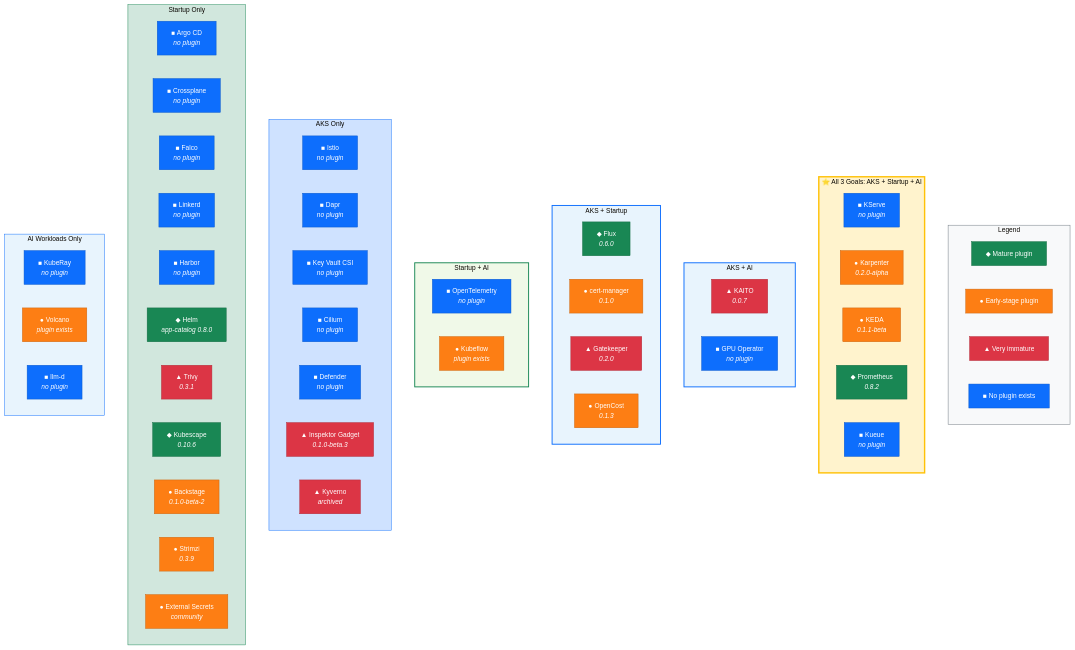
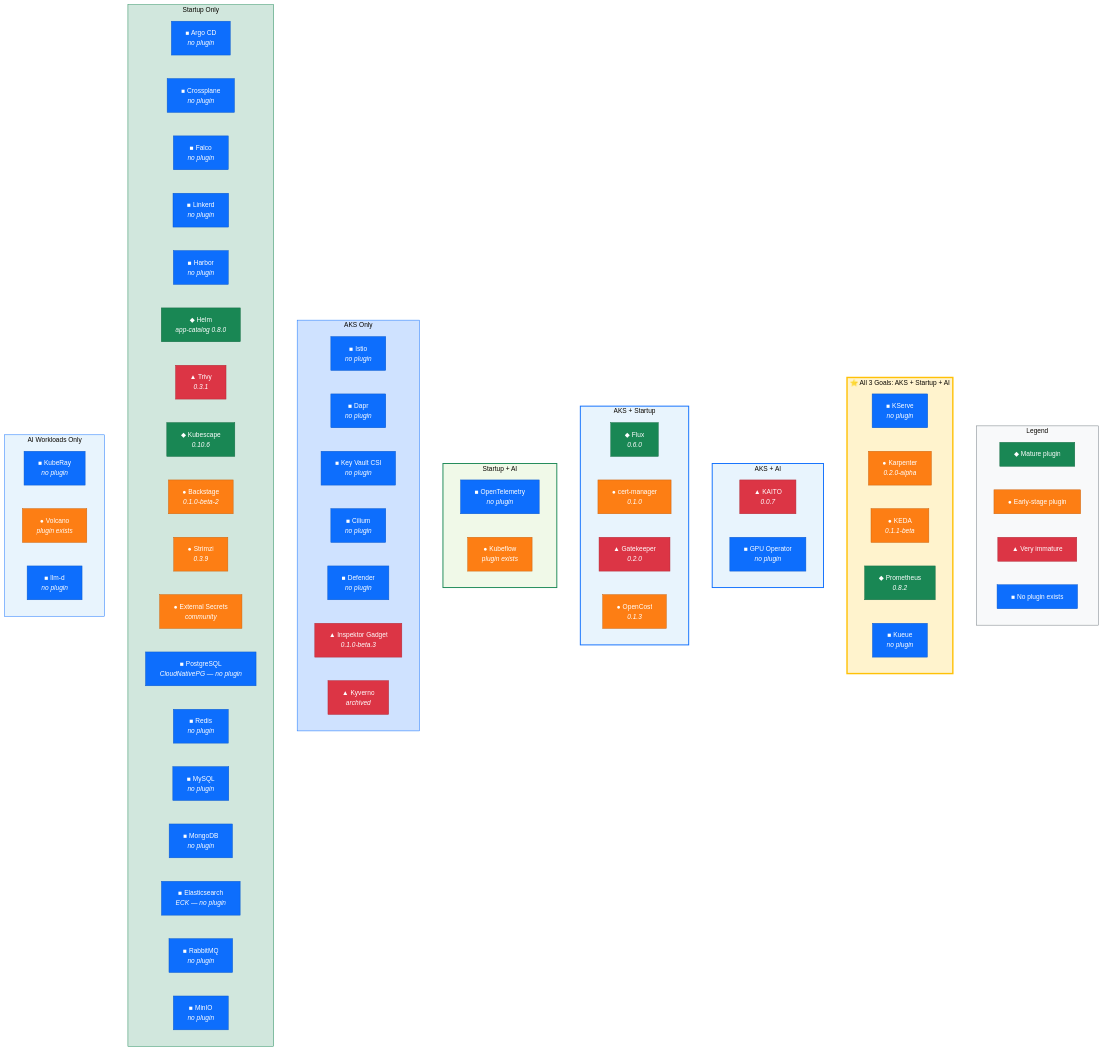
One commit to illume/headlamp changed the diagram in docs/development/aks-features-report.md. Above: the diagram before and after it, drawn with Mermaid. The commit also changed other lines of this file, not shown here.

First line of the commit message:
docs: Add startup app stacks to Venn diagram, fix reviewer comments

````diff
--- a/docs/development/aks-features-report.md
+++ b/docs/development/aks-features-report.md
@@ -400,6 +400,13 @@
         P_backstage["● Backstage<br/><i>0.1.0-beta-2</i>"]
         P_strimzi["● Strimzi<br/><i>0.3.9</i>"]
         P_extsecrets["● External Secrets<br/><i>community</i>"]
+        P_postgres["■ PostgreSQL<br/><i>CloudNativePG — no plugin</i>"]
+        P_redis["■ Redis<br/><i>no plugin</i>"]
+        P_mysql["■ MySQL<br/><i>no plugin</i>"]
+        P_mongodb["■ MongoDB<br/><i>no plugin</i>"]
+        P_elasticsearch["■ Elasticsearch<br/><i>ECK — no plugin</i>"]
+        P_rabbitmq["■ RabbitMQ<br/><i>no plugin</i>"]
+        P_minio["■ MinIO<br/><i>no plugin</i>"]
     end
 
     subgraph ai_only ["AI Workloads Only"]
@@ -459,4 +466,11 @@
     style P_harbor fill:#0d6efd,color:#fff,stroke:#0a58ca
     style P_kuberay fill:#0d6efd,color:#fff,stroke:#0a58ca
     style P_llmd fill:#0d6efd,color:#fff,stroke:#0a58ca
+    style P_postgres fill:#0d6efd,color:#fff,stroke:#0a58ca
+    style P_redis fill:#0d6efd,color:#fff,stroke:#0a58ca
+    style P_mysql fill:#0d6efd,color:#fff,stroke:#0a58ca
+    style P_mongodb fill:#0d6efd,color:#fff,stroke:#0a58ca
+    style P_elasticsearch fill:#0d6efd,color:#fff,stroke:#0a58ca
+    style P_rabbitmq fill:#0d6efd,color:#fff,stroke:#0a58ca
+    style P_minio fill:#0d6efd,color:#fff,stroke:#0a58ca
 ```
````
